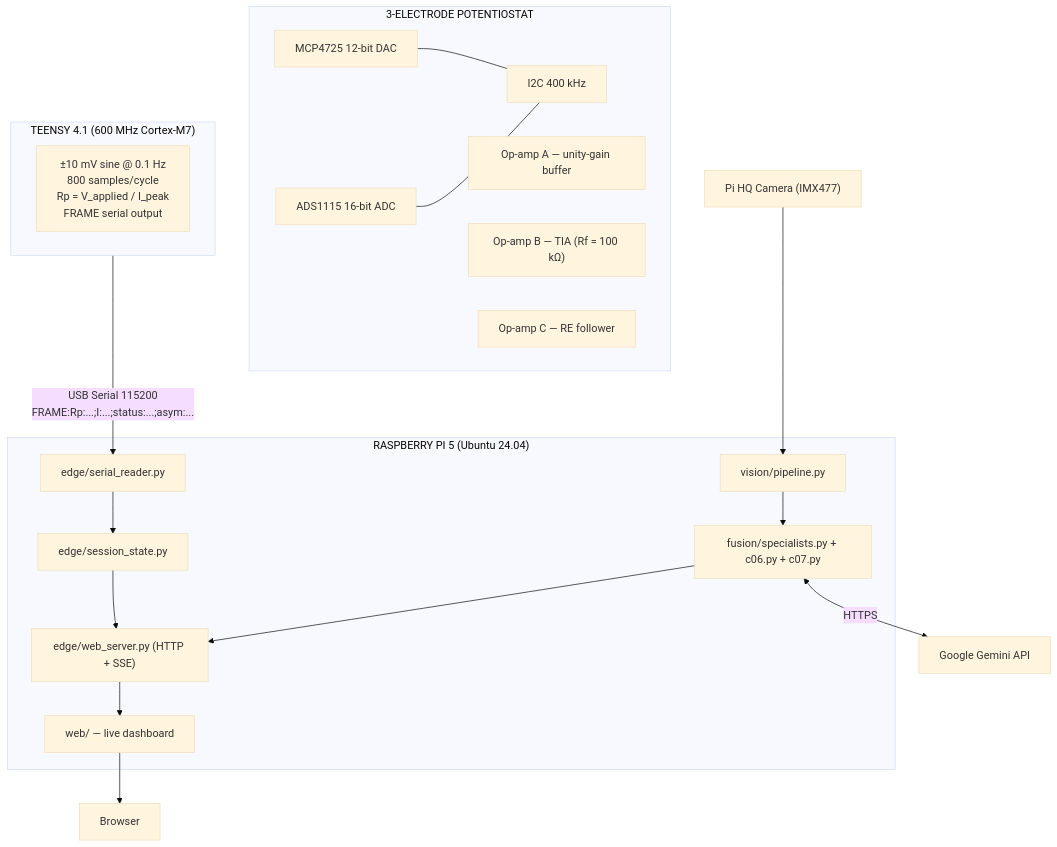
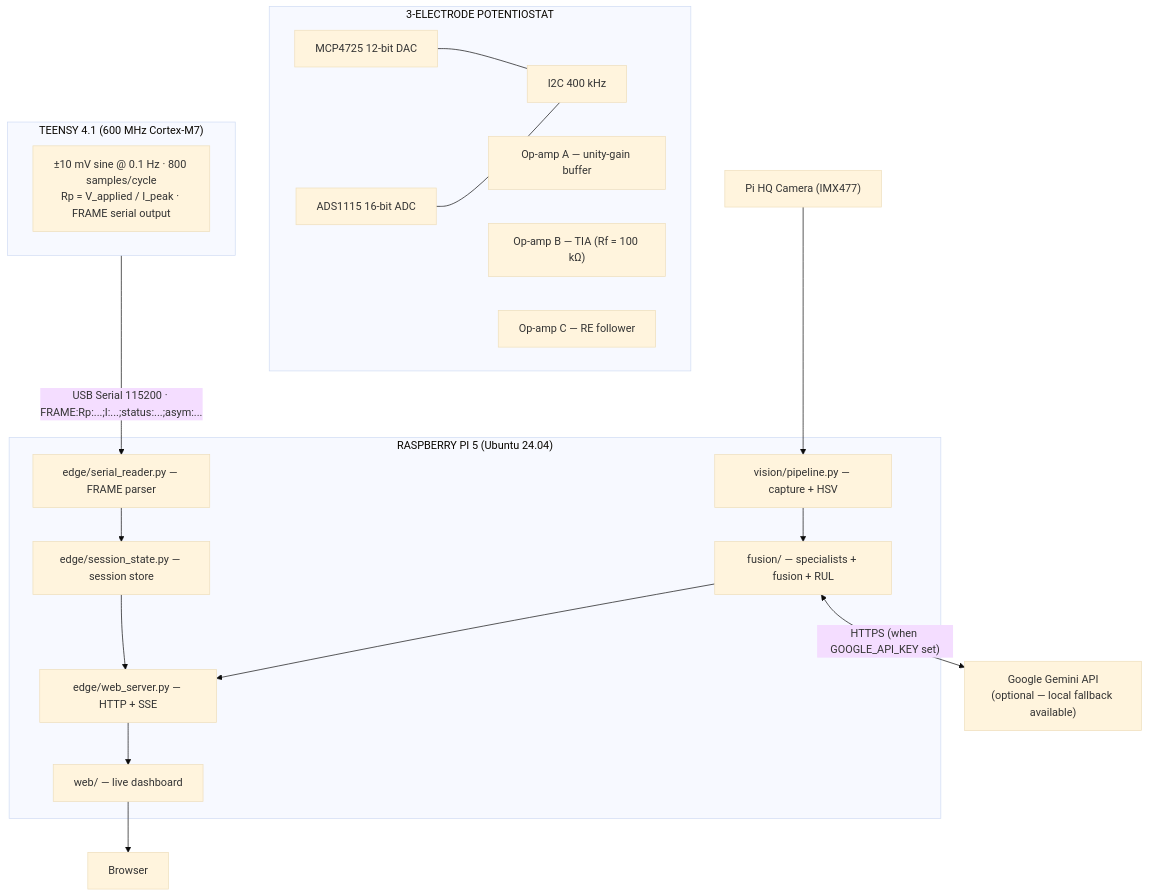
Before and after one commit to mohammedryn/Embedded-IoT-system-for-Industrial-Corrosion-Detection-and-Monitoring: the diagram in README.md, drawn with Mermaid (base theme). The commit also changed other lines of this file, not shown here.

````diff
--- a/README.md
+++ b/README.md
@@ -26,32 +57,32 @@
 ```mermaid
 flowchart TB
   subgraph POT["3-ELECTRODE POTENTIOSTAT"]
     DAC["MCP4725 12-bit DAC"] --- I2C["I2C 400 kHz"]
     ADC["ADS1115 16-bit ADC"] --- I2C
     OA["Op-amp A — unity-gain buffer"]
     OB["Op-amp B — TIA (Rf = 100 kΩ)"]
     OC["Op-amp C — RE follower"]
   end
 
   subgraph T41["TEENSY 4.1 (600 MHz Cortex-M7)"]
-    FW["±10 mV sine @ 0.1 Hz\n800 samples/cycle\nRp = V_applied / I_peak\nFRAME serial output"]
+    FW["±10 mV sine @ 0.1 Hz · 800 samples/cycle\nRp = V_applied / I_peak · FRAME serial output"]
   end
 
   subgraph PI5["RASPBERRY PI 5 (Ubuntu 24.04)"]
-    SR["edge/serial_reader.py"]
-    SS["edge/session_state.py"]
-    WS["edge/web_server.py (HTTP + SSE)"]
-    VP["vision/pipeline.py"]
-    AI["fusion/specialists.py + c06.py + c07.py"]
+    SR["edge/serial_reader.py — FRAME parser"]
+    SS["edge/session_state.py — session store"]
+    WS["edge/web_server.py — HTTP + SSE"]
+    VP["vision/pipeline.py — capture + HSV"]
+    AI["fusion/ — specialists + fusion + RUL"]
     UI["web/ — live dashboard"]
   end
 
   CAM["Pi HQ Camera (IMX477)"]
-  GEMINI["Google Gemini API"]
+  GEMINI["Google Gemini API\n(optional — local fallback available)"]
   BROWSER["Browser"]
 
-  T41 -->|"USB Serial 115200\nFRAME:Rp:...;I:...;status:...;asym:..."| SR
+  T41 -->|"USB Serial 115200 · FRAME:Rp:...;I:...;status:...;asym:..."| SR
   SR --> SS --> WS --> UI --> BROWSER
   CAM --> VP --> AI --> WS
-  AI <-->|HTTPS| GEMINI
+  AI <-->|"HTTPS (when GOOGLE_API_KEY set)"| GEMINI
 ```
````
